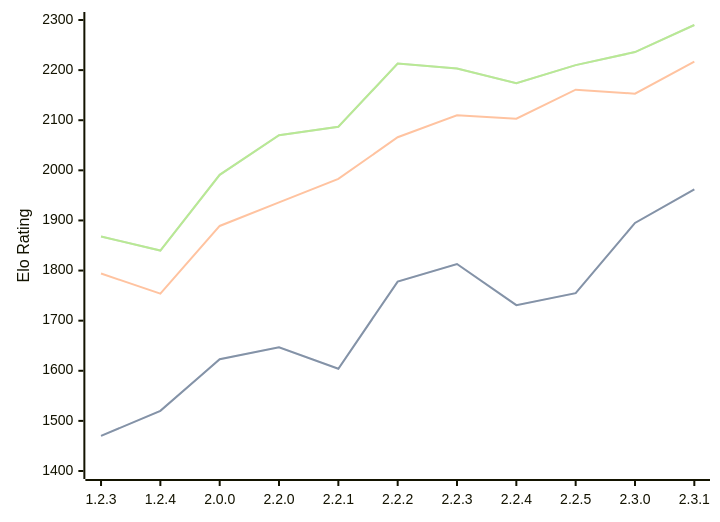
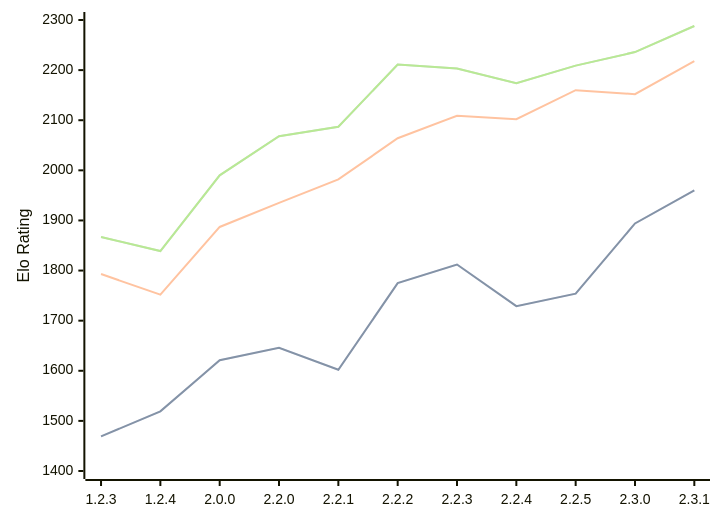
Before and after one commit to computer-chess-index/cci: the diagram in engines/Kreveta.md, drawn with Mermaid. The commit also changed other lines of this file, not shown here.

Commit message:
Update CCI Ratings (ELO VLTC) - 2026-05-22

````diff
--- a/engines/Kreveta.md
+++ b/engines/Kreveta.md
@@ -43,11 +43,11 @@
 ```mermaid
 %%{init: {"theme":"base","themeVariables":{"seriesColors:['#a3a3a3','#222221','#faa371']}}}%%
 xychart-beta
   x-axis ["1.2.3", "1.2.4", "2.0.0", "2.2.0", "2.2.1", "2.2.2", "2.2.3", "2.2.4", "2.2.5", "2.3.0", "2.3.1"]
   y-axis "Elo Rating" 1400 --> 2300
-  line "STC (8.0+0.08s)" [1470, 1520, 1623, 1647, 1604, 1778, 1813, 1731, 1755, 1895, 1962]
-  line "STC (8.0+0.08s)" [1470, 1520, 1623, 1647, 1604, 1778, 1813, 1731, 1755, 1895, 1962]
-  line "LTC (60.0+0.60s)" [1794, 1754, 1889, 1936, 1983, 2066, 2110, 2103, 2161, 2153, 2217]
-  line "VLTC (2m24s+1.12s)" [1868, 1840, 1991, 2070, 2087, 2213, 2203, 2174, 2210, 2236, 2290]
-  line "VLTC (2m24s+1.12s)" [1868, 1840, 1991, 2070, 2087, 2213, 2203, 2174, 2210, 2236, 2290]
+  line "STC (8.0+0.08s)" [1469, 1519, 1621, 1646, 1602, 1775, 1812, 1729, 1754, 1894, 1960]
+  line "STC (8.0+0.08s)" [1469, 1519, 1621, 1646, 1602, 1775, 1812, 1729, 1754, 1894, 1960]
+  line "LTC (60.0+0.60s)" [1793, 1752, 1887, 1935, 1982, 2064, 2109, 2102, 2160, 2152, 2218]
+  line "VLTC (2m24s+1.12s)" [1867, 1839, 1990, 2068, 2087, 2211, 2203, 2174, 2209, 2236, 2288]
+  line "VLTC (2m24s+1.12s)" [1867, 1839, 1990, 2068, 2087, 2211, 2203, 2174, 2209, 2236, 2288]
 ```
````
